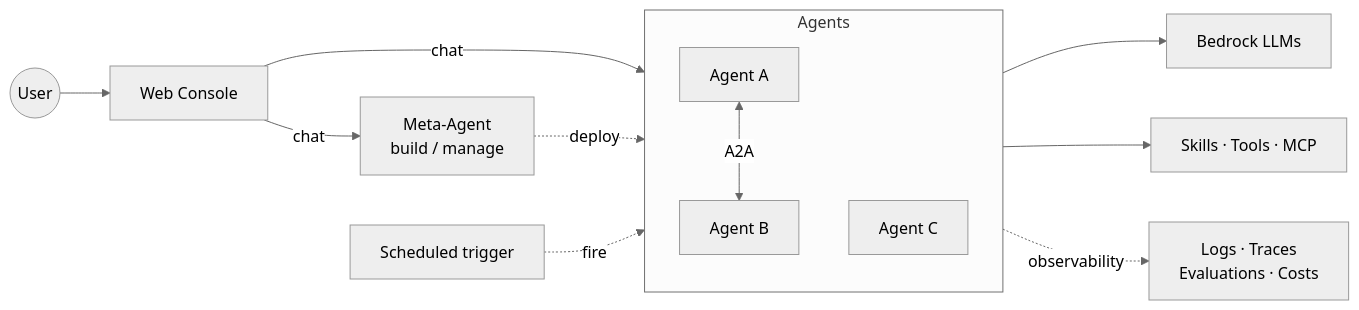
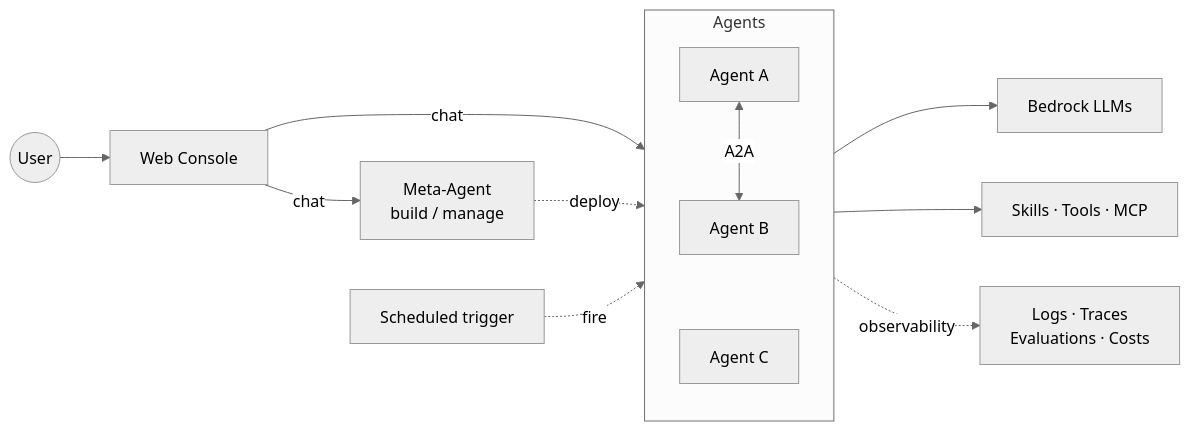
Before and after one commit to ddpie/agent-studio: the second of 2 diagrams in README.md, drawn with Mermaid (neutral theme). The commit also changed other lines of this file, not shown here.

Commit message:
docs(readme): force A/B/C vertical stack via invisible B→C link

````diff
--- a/README.md
+++ b/README.md
@@ -111,19 +111,19 @@
 ```mermaid
 graph LR
     User((User)) --> Web[Web Console]
     Cron[Scheduled trigger]
     Web -->|chat| Meta[Meta-Agent<br/>build / manage]
 
     subgraph Agents
         direction TB
         A1[Agent A] <-->|A2A| A2[Agent B]
-        A3[Agent C]
+        A2 ~~~ A3[Agent C]
     end
 
     Web -->|chat| Agents
     Meta -.deploy.-> Agents
     Cron -.fire.-> Agents
     Agents --> LLM[Bedrock LLMs]
     Agents --> Ext[Skills · Tools · MCP]
     Agents -.observability.-> Obs[Logs · Traces<br/>Evaluations · Costs]
 ```
````
